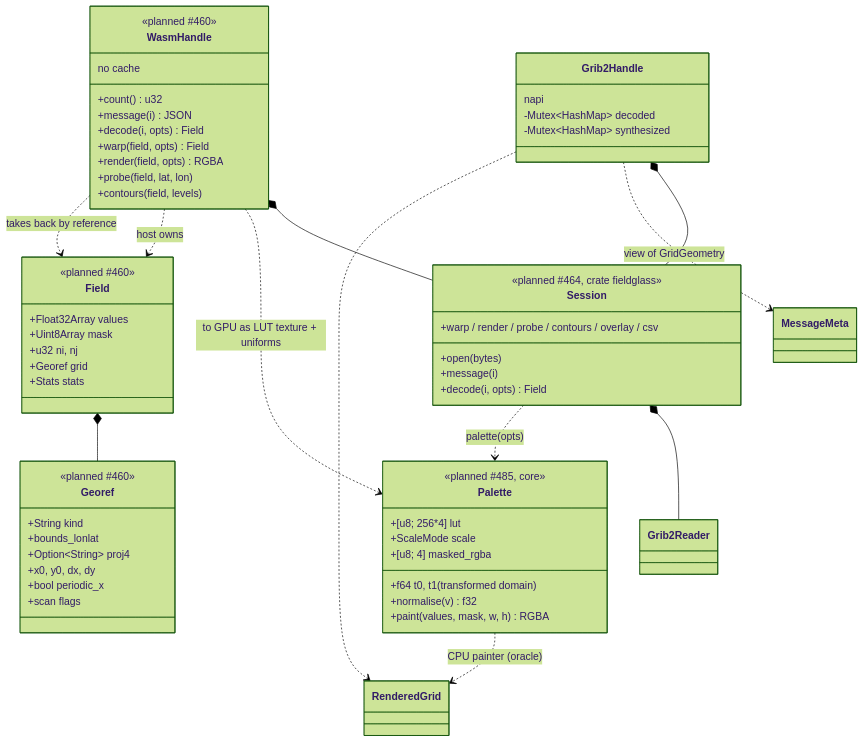
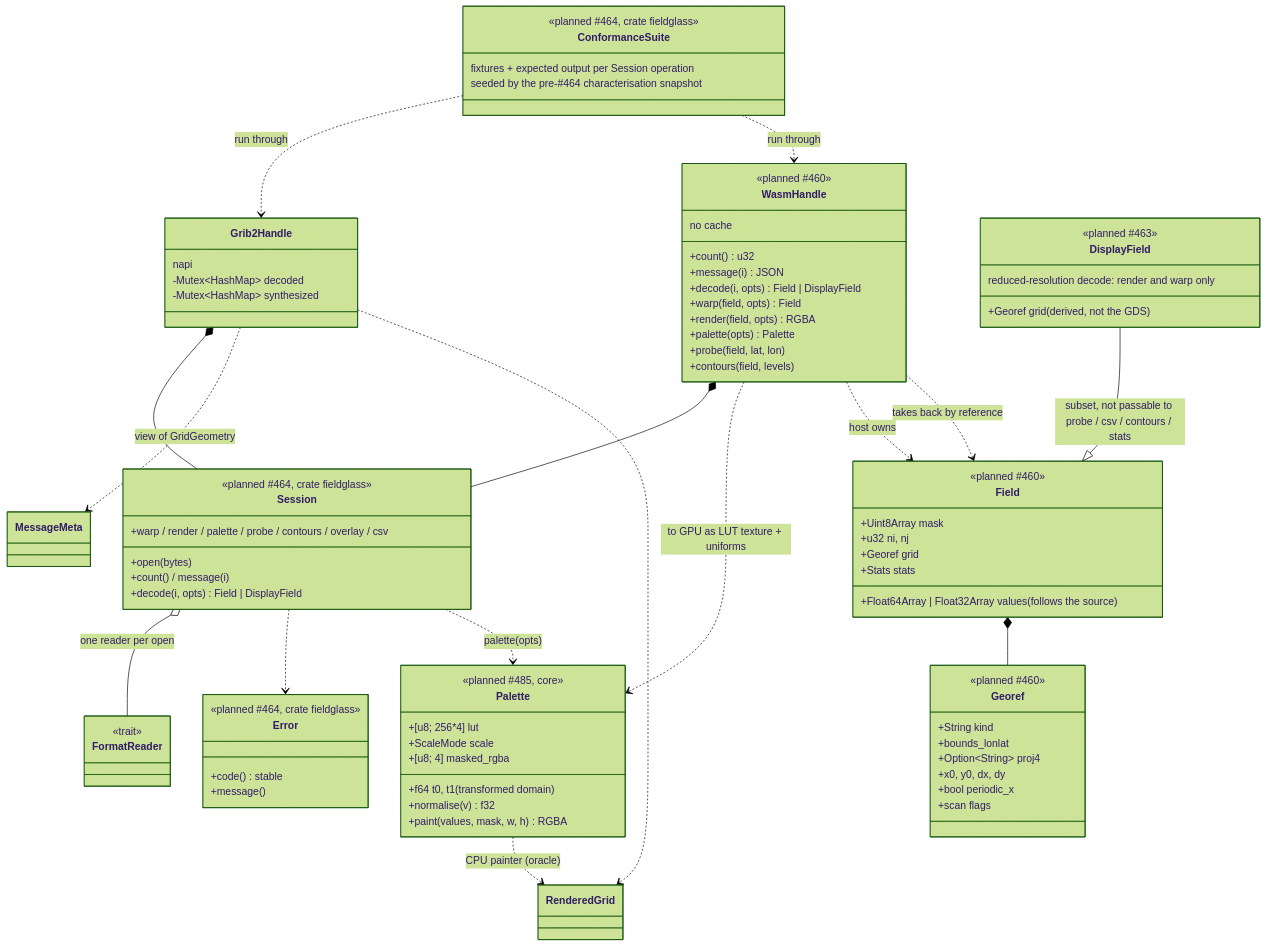
Before and after one commit to D0ubleD0uble/fieldglass: the fourth of 4 diagrams in docs/architecture/planned/03-composition.md, drawn with Mermaid (forest theme). The commit also changed other lines of this file and 2 other files, not shown here.

Commit message:
docs(architecture): bring the planned graphs to the end-of-milestones state
Field values follow the source type; DisplayField for reduced decodes
(#463) is render/warp only; PlanItem carries the sidecar's claim for the
decoder to verify (#461); Session composes any FormatReader and exposes
Error and the conformance suite (#464); GridGeometry is tagged #460 then
#464; README milestone 11 row names Palette (#485).

Claude-Session: https://claude.ai/code/session_01HXQLdNBg23o81NEfApXYhF

```diff
--- a/docs/architecture/planned/03-composition.md
+++ b/docs/architecture/planned/03-composition.md
@@ -101,19 +102,30 @@
         no cache
         +count() u32
         +message(i) JSON
-        +decode(i, opts) Field
+        +decode(i, opts) Field | DisplayField
         +warp(field, opts) Field
         +render(field, opts) RGBA
+        +palette(opts) Palette
         +probe(field, lat, lon)
         +contours(field, levels)
     }
     class Field {
         <<planned #460>>
-        +Float32Array values
+        +Float64Array | Float32Array values (follows the source)
         +Uint8Array mask
         +u32 ni, nj
         +Georef grid
         +Stats stats
+    }
+    class DisplayField {
+        <<planned #463>>
+        reduced-resolution decode: render and warp only
+        +Georef grid (derived, not the GDS)
+    }
+    class Error {
+        <<planned #464, crate fieldglass>>
+        +code() stable
+        +message()
     }
     class Georef {
         <<planned #460>>
@@ -127,9 +139,17 @@
     class Session {
         <<planned #464, crate fieldglass>>
         +open(bytes)
-        +message(i)
-        +decode(i, opts) Field
-        +warp / render / probe / contours / overlay / csv
+        +count() / message(i)
+        +decode(i, opts) Field | DisplayField
+        +warp / render / palette / probe / contours / overlay / csv
+    }
+    class FormatReader {
+        <<trait>>
+    }
+    class ConformanceSuite {
+        <<planned #464, crate fieldglass>>
+        fixtures + expected output per Session operation
+        seeded by the pre-#464 characterisation snapshot
     }
     class Palette {
         <<planned #485, core>>
@@ -142,7 +162,11 @@
     }
     Grib2Handle *-- Session
     WasmHandle *-- Session
-    Session *-- Grib2Reader
+    Session o-- FormatReader : one reader per open
+    Session ..> Error
+    ConformanceSuite ..> Grib2Handle : run through
+    ConformanceSuite ..> WasmHandle : run through
+    DisplayField --|> Field : subset, not passable to probe / csv / contours / stats
     Session ..> Palette : palette(opts)
     Palette ..> RenderedGrid : CPU painter (oracle)
     WasmHandle ..> Palette : to GPU as LUT texture + uniforms
```
